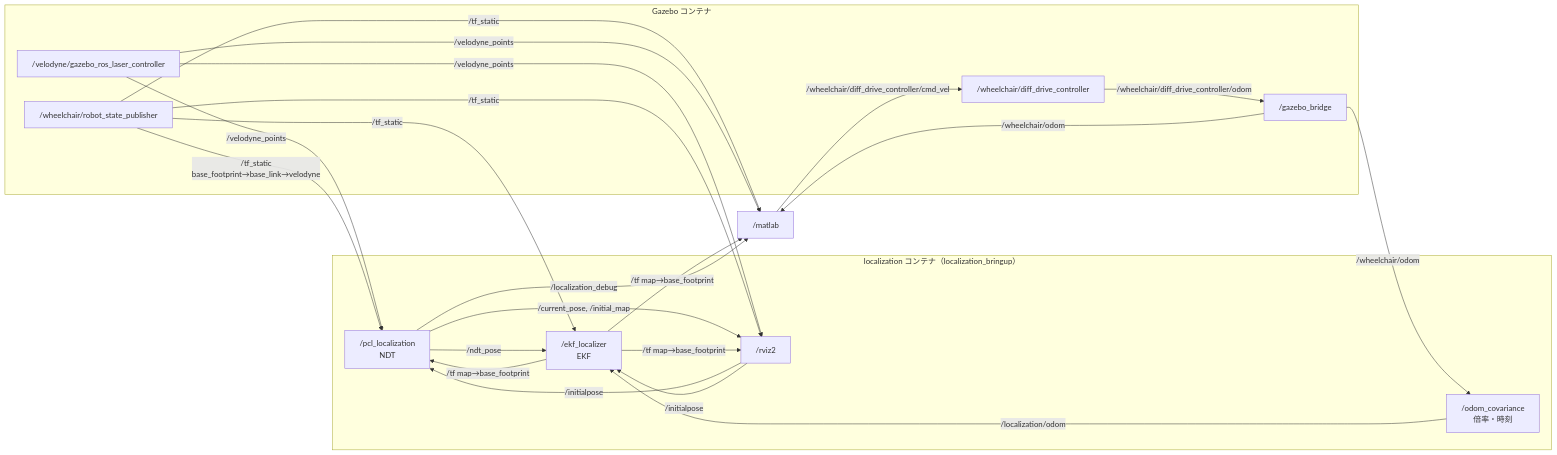
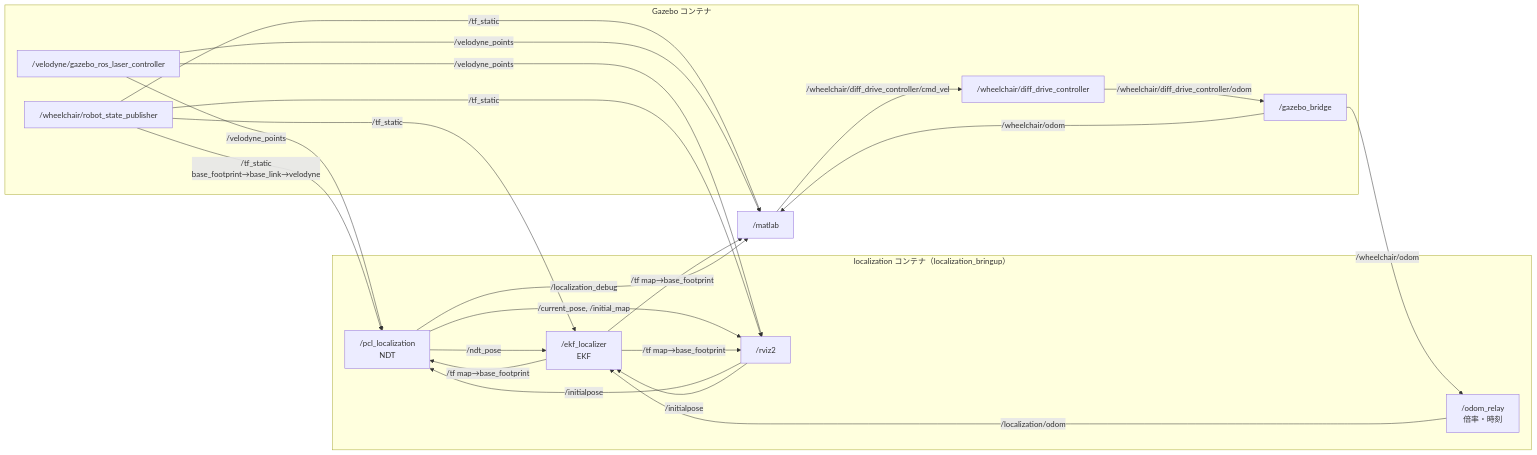
Before and after one commit to MaeharaTakumi/localization_bringup: the first of 3 diagrams in docs/node_graph.md, drawn with Mermaid. The commit also changed other lines of this file and 10 other files, not shown here.

````diff
--- a/docs/node_graph.md
+++ b/docs/node_graph.md
@@ -9,42 +9,42 @@
 ```mermaid
 flowchart LR
   subgraph GZ["Gazebo コンテナ"]
     laser["/velodyne/gazebo_ros_laser_controller"]
     ddc["/wheelchair/diff_drive_controller"]
     bridge["/gazebo_bridge"]
     rsp["/wheelchair/robot_state_publisher"]
   end
 
   subgraph LOC["localization コンテナ（localization_bringup）"]
     ndt["/pcl_localization<br/>NDT"]
-    ocov["/odom_covariance<br/>倍率・時刻"]
+    orelay["/odom_relay<br/>倍率・時刻"]
     ekf["/ekf_localizer<br/>EKF"]
     rviz["/rviz2"]
   end
 
   matlab["/matlab"]
 
   laser -->|"/velodyne_points"| ndt
   ddc -->|"/wheelchair/diff_drive_controller/odom"| bridge
-  bridge -->|"/wheelchair/odom"| ocov
-  ocov -->|"/localization/odom"| ekf
+  bridge -->|"/wheelchair/odom"| orelay
+  orelay -->|"/localization/odom"| ekf
   rsp -->|"/tf_static<br/>base_footprint→base_link→velodyne"| ndt
   rsp -->|"/tf_static"| ekf
 
   ndt -->|"/ndt_pose"| ekf
   ekf -->|"/tf map→base_footprint"| ndt
 
   ekf -->|"/tf map→base_footprint"| matlab
   rsp -->|"/tf_static"| matlab
   ndt -->|"/localization_debug"| matlab
   laser -->|"/velodyne_points"| matlab
   bridge -->|"/wheelchair/odom"| matlab
   matlab -->|"/wheelchair/diff_drive_controller/cmd_vel"| ddc
 
   laser -->|"/velodyne_points"| rviz
   ndt -->|"/current_pose, /initial_map"| rviz
   ekf -->|"/tf map→base_footprint"| rviz
   rsp -->|"/tf_static"| rviz
   rviz -->|"/initialpose"| ndt
   rviz -->|"/initialpose"| ekf
 ```
````
